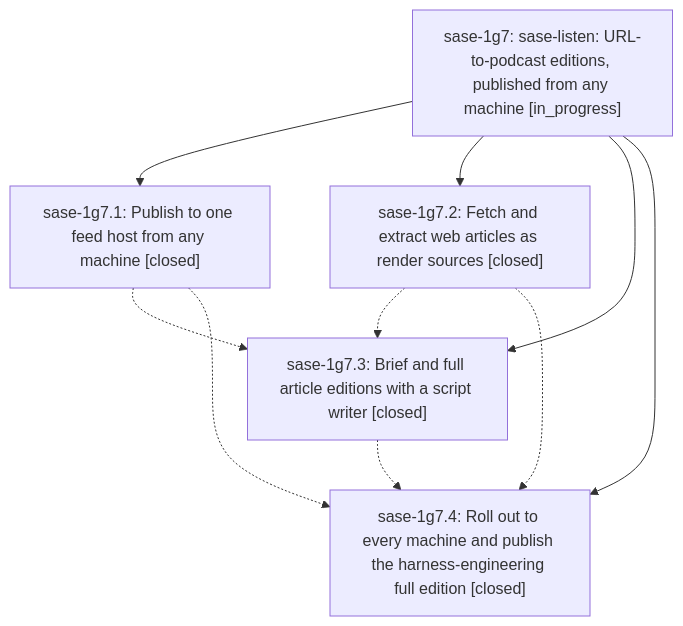
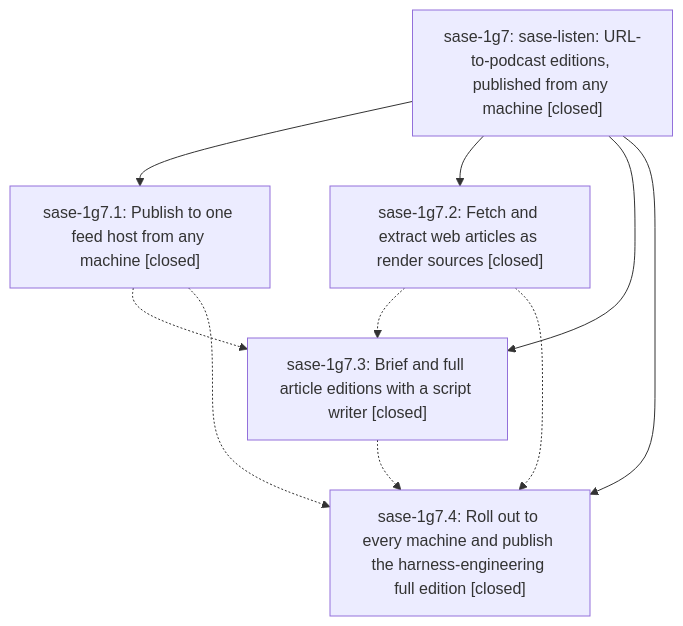
The diagram in pages/sase-1g7/README.md (sase-org/sase--beads), drawn with Mermaid before and after one commit. The commit also changed other lines of this file, not shown here.

First line of the commit message:
chore(beads): sync bead state and pages for sase-1g7

````diff
--- a/pages/sase-1g7/README.md
+++ b/pages/sase-1g7/README.md
@@ -39,17 +55,17 @@
 ```mermaid
 flowchart TD
-    n0["sase-1g7: sase-listen: URL-to-podcast editions, published from any machine [in_progress]"]
+    n0["sase-1g7: sase-listen: URL-to-podcast editions, published from any machine [closed]"]
     n1["sase-1g7.1: Publish to one feed host from any machine [closed]"]
     n2["sase-1g7.2: Fetch and extract web articles as render sources [closed]"]
     n3["sase-1g7.3: Brief and full article editions with a script writer [closed]"]
     n4["sase-1g7.4: Roll out to every machine and publish the harness-engineering full edition [closed]"]
     n0 --> n1
     n0 --> n2
     n0 --> n3
     n0 --> n4
     n1 -.-> n3
     n1 -.-> n4
     n2 -.-> n3
     n2 -.-> n4
     n3 -.-> n4
 ```
````
